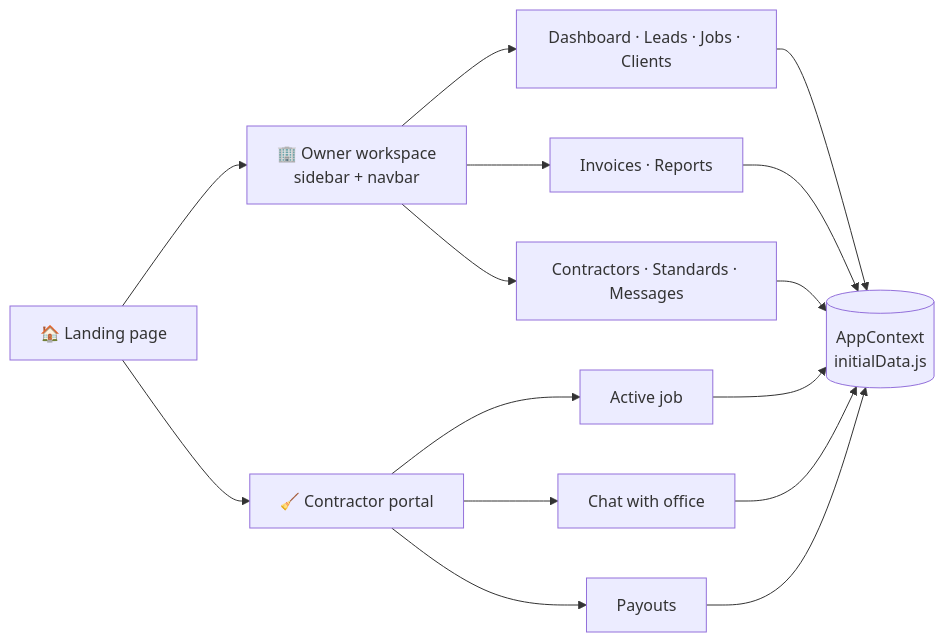
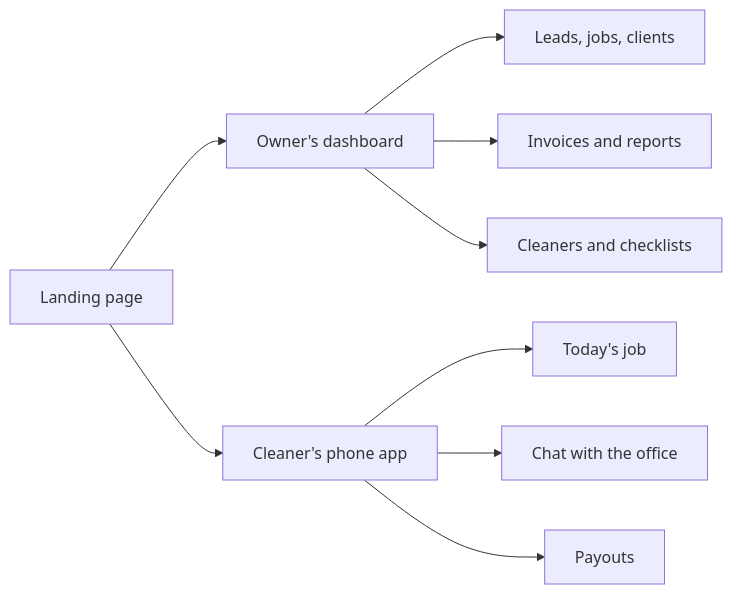
The first of 2 diagrams in README.md (F0rger123/SimplyClean-CRM), drawn with Mermaid before and after one commit. The commit also changed other lines of this file and 2 other files, not shown here.

Commit message:
docs: plain-English diagrams and an AI guide for pasted links [skip ci]
Diagrams now describe what happens in everyday words instead of file and
table names. Adds an AI guide (AGENTS.md, or docs/AI_GUIDE.md when
AGENTS.md already holds developer rules) so anyone can paste the repo
link into Claude or ChatGPT and be walked through what it is, what to
answer, and how to set it up. README links to it near the top; llms.txt
lists the key files.

````diff
--- a/README.md
+++ b/README.md
@@ -64,12 +68,11 @@
 ```mermaid
 flowchart LR
-    Landing["🏠 Landing page"] --> Owner["🏢 Owner workspace<br/>sidebar + navbar"]
-    Landing --> Portal["🧹 Contractor portal"]
-    Owner --> Dash["Dashboard · Leads · Jobs · Clients"]
-    Owner --> Money["Invoices · Reports"]
-    Owner --> Ops["Contractors · Standards · Messages"]
-    Portal --> Active["Active job"]
-    Portal --> Chat["Chat with office"]
-    Portal --> Pay["Payouts"]
-    Dash & Money & Ops & Active & Chat & Pay --> Ctx[("AppContext<br/>initialData.js")]
+    Land["Landing page"] --> Owner["Owner's dashboard"]
+    Land --> Cleaner["Cleaner's phone app"]
+    Owner --> O1["Leads, jobs, clients"]
+    Owner --> O2["Invoices and reports"]
+    Owner --> O3["Cleaners and checklists"]
+    Cleaner --> C1["Today's job"]
+    Cleaner --> C2["Chat with the office"]
+    Cleaner --> C3["Payouts"]
 ```
````
